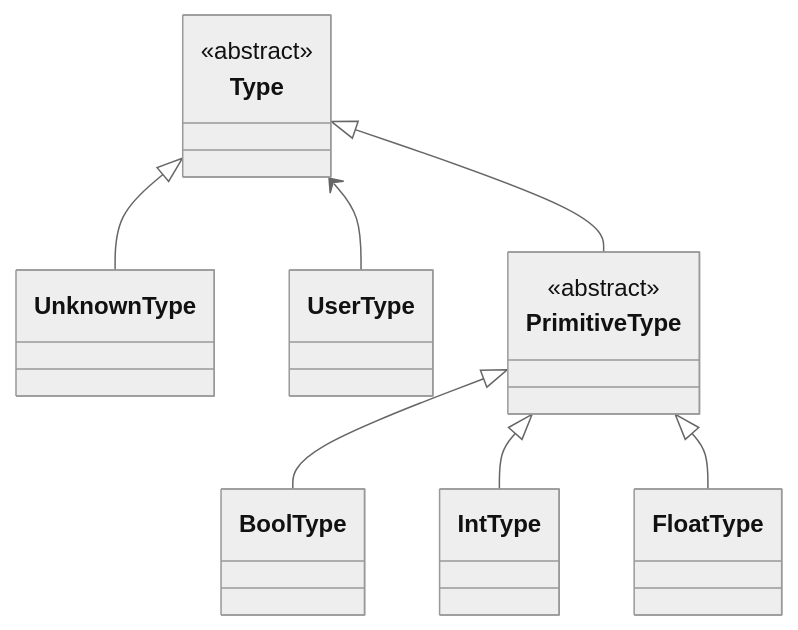
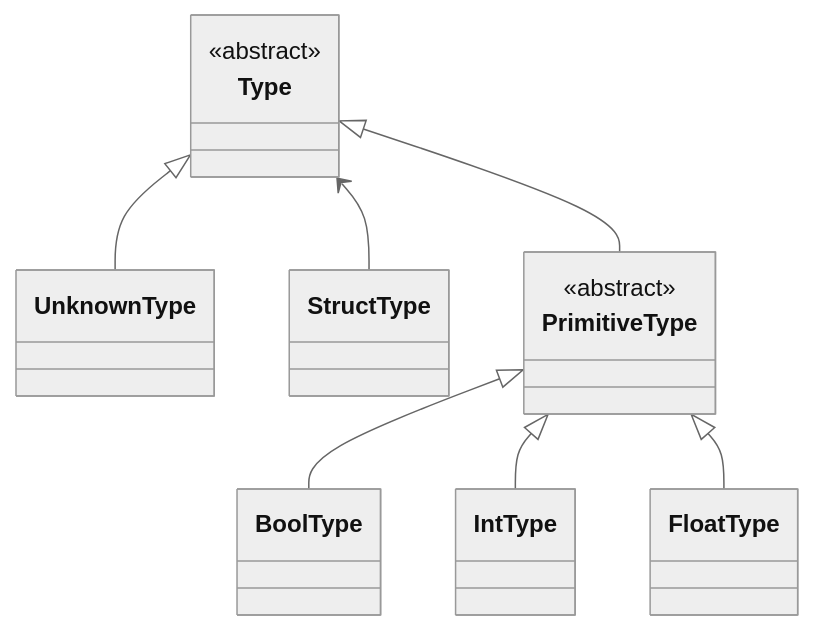
Before and after one commit to cwesson/sprokit: the third of 6 diagrams in doc/comp/README.md, drawn with Mermaid (neutral theme). The commit also changed 58 other files, not shown here.

````diff
--- a/doc/comp/README.md
+++ b/doc/comp/README.md
@@ -47,12 +47,12 @@
 ```mermaid
 classDiagram
 	class Type
 	<<abstract>> Type
 	Type <|-- UnknownType
-	Type <-- UserType
+	Type <-- StructType
 	Type <|-- PrimitiveType
 	<<abstract>> PrimitiveType
 	PrimitiveType <|-- BoolType
 	PrimitiveType <|-- IntType
 	PrimitiveType <|-- FloatType
 ```
````
